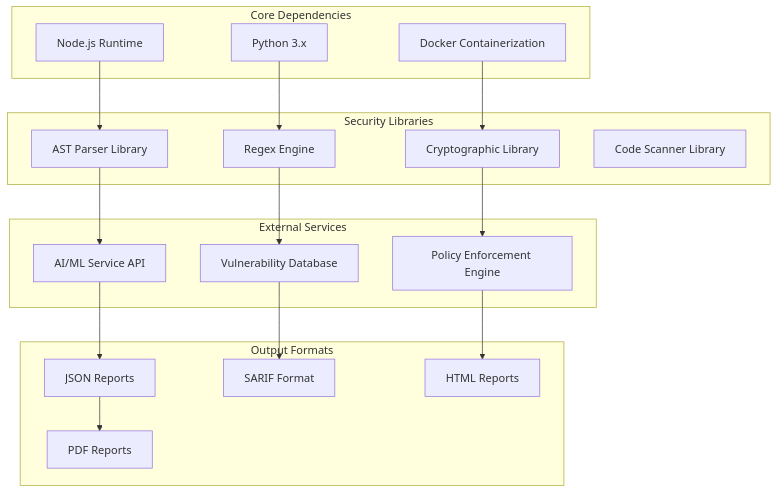
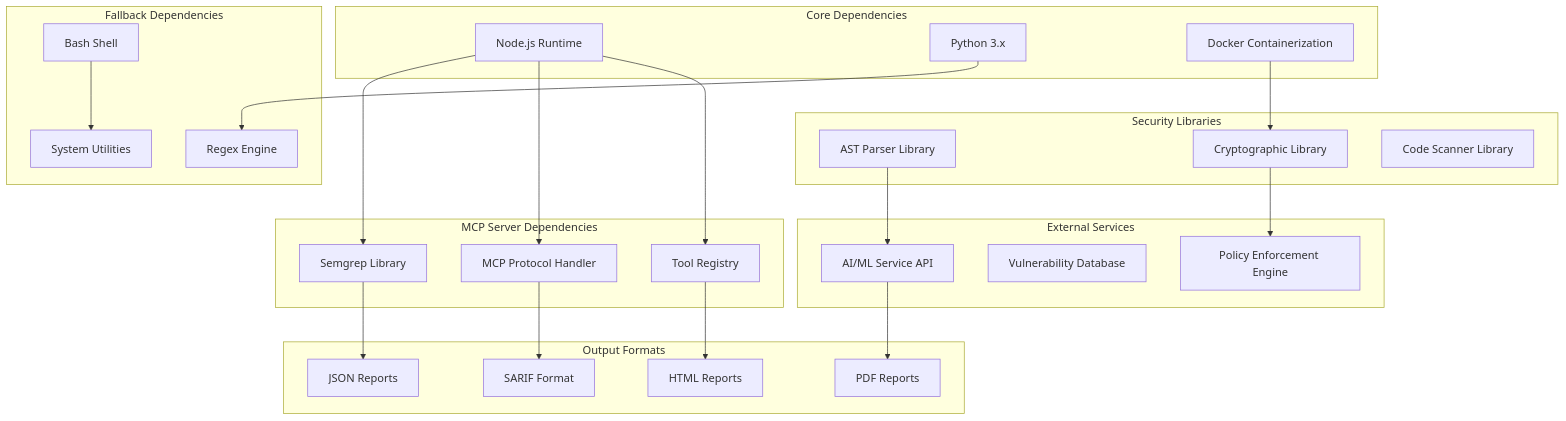
The seventh of 7 diagrams in .qoder/repowiki/en/content/Skills Reference/Code Review Skills/Security Gate Skill.md (Sherlock-Shi/pi-codex-kit), drawn with Mermaid before and after one commit. The commit also changed other lines of this file and 6 other files, not shown here.

````diff
--- a/.qoder/repowiki/en/content/Skills Reference/Code Review Skills/Security Gate Skill.md
+++ b/.qoder/repowiki/en/content/Skills Reference/Code Review Skills/Security Gate Skill.md
@@ -200,35 +369,46 @@
 ```mermaid
 graph TB
 subgraph "Core Dependencies"
 NodeJS[Node.js Runtime]
 Python[Python 3.x]
 Docker[Docker Containerization]
 end
+subgraph "MCP Server Dependencies"
+SemgrepLib[Semgrep Library]
+MCPProtocol[MCP Protocol Handler]
+ToolRegistry[Tool Registry]
+end
+subgraph "Fallback Dependencies"
+BashRuntime[Bash Shell]
+SystemTools[System Utilities]
+RegexEngine[Regex Engine]
+end
 subgraph "Security Libraries"
 ASTParser[AST Parser Library]
-RegexEngine[Regex Engine]
 CryptoLib[Cryptographic Library]
 ScannerLib[Code Scanner Library]
 end
 subgraph "External Services"
 AIAPI[AI/ML Service API]
 VulnDB[Vulnerability Database]
 PolicyEngine[Policy Enforcement Engine]
 end
 subgraph "Output Formats"
 JSON[JSON Reports]
 SARIF[SARIF Format]
 HTML[HTML Reports]
 PDF[PDF Reports]
 end
-NodeJS --> ASTParser
+NodeJS --> SemgrepLib
+NodeJS --> MCPProtocol
+NodeJS --> ToolRegistry
 Python --> RegexEngine
 Docker --> CryptoLib
+BashRuntime --> SystemTools
 ASTParser --> AIAPI
-RegexEngine --> VulnDB
 CryptoLib --> PolicyEngine
-AIAPI --> JSON
-VulnDB --> SARIF
-PolicyEngine --> HTML
-JSON --> PDF
+SemgrepLib --> JSON
+MCPProtocol --> SARIF
+ToolRegistry --> HTML
+AIAPI --> PDF
 ```
````
